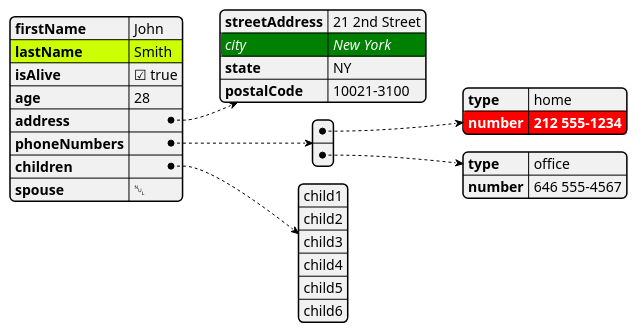
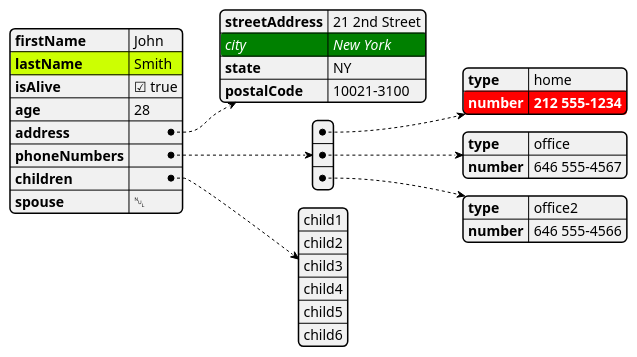
The diagram in diagrams/jsonDiagram.puml (adautomendes/plantUmlAutomation), drawn with PlantUML before and after one commit.

Commit message:
Update diagram

```diff
--- a/diagrams/jsonDiagram.puml
+++ b/diagrams/jsonDiagram.puml
@@ -1,48 +1,52 @@
 @startjson
 <style>
   .h1 {
     BackGroundColor green
     FontColor white
     FontStyle italic
   }
   .h2 {
     BackGroundColor red
     FontColor white
     FontStyle bold
   }
 </style>
 #highlight "lastName"
 #highlight "address" / "city" <<h1>>
 #highlight "phoneNumbers" / "0" / "number" <<h2>>
 {
   "firstName": "John",
   "lastName": "Smith",
   "isAlive": true,
   "age": 28,
   "address": {
     "streetAddress": "21 2nd Street",
     "city": "New York",
     "state": "NY",
     "postalCode": "10021-3100"
   },
   "phoneNumbers": [
     {
       "type": "home",
       "number": "212 555-1234"
     },
     {
       "type": "office",
       "number": "646 555-4567"
+    },
+    {
+      "type": "office2",
+      "number": "646 555-4566"
     }
   ],
   "children": [
     "child1",
     "child2",
     "child3",
     "child4",
     "child5",
     "child6"
   ],
   "spouse": null
 }
 @endjson
```
